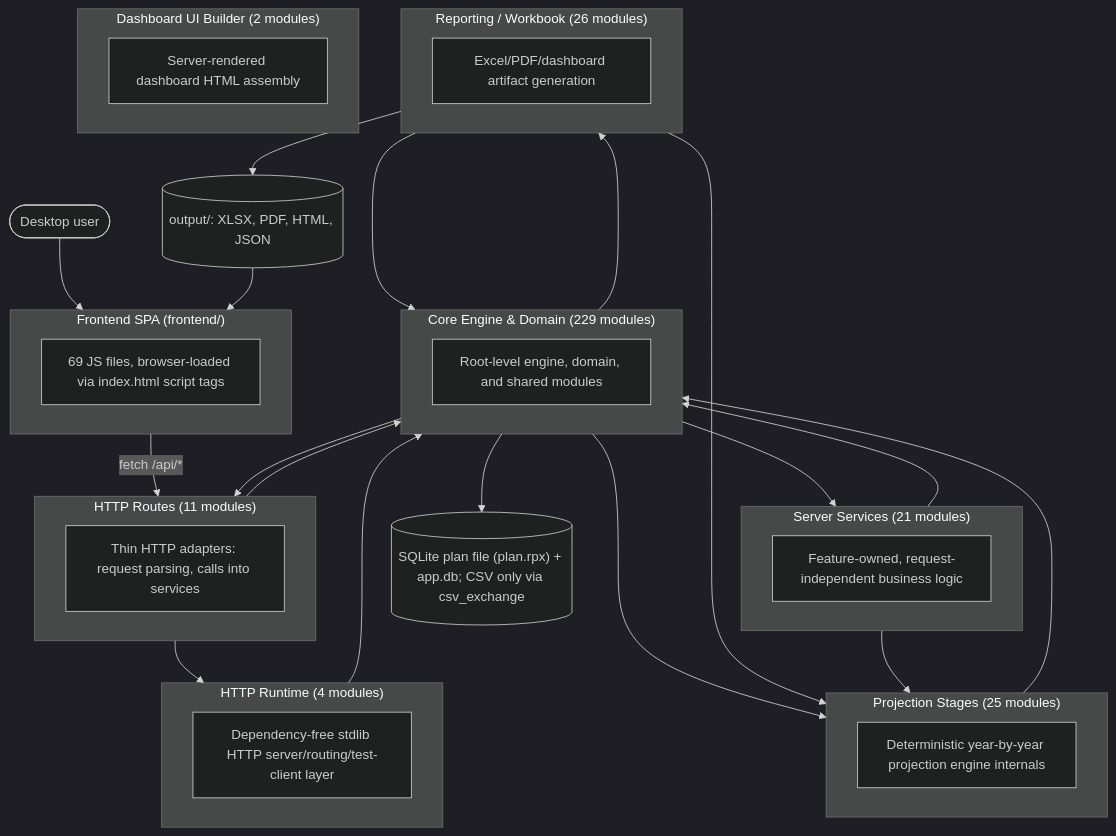
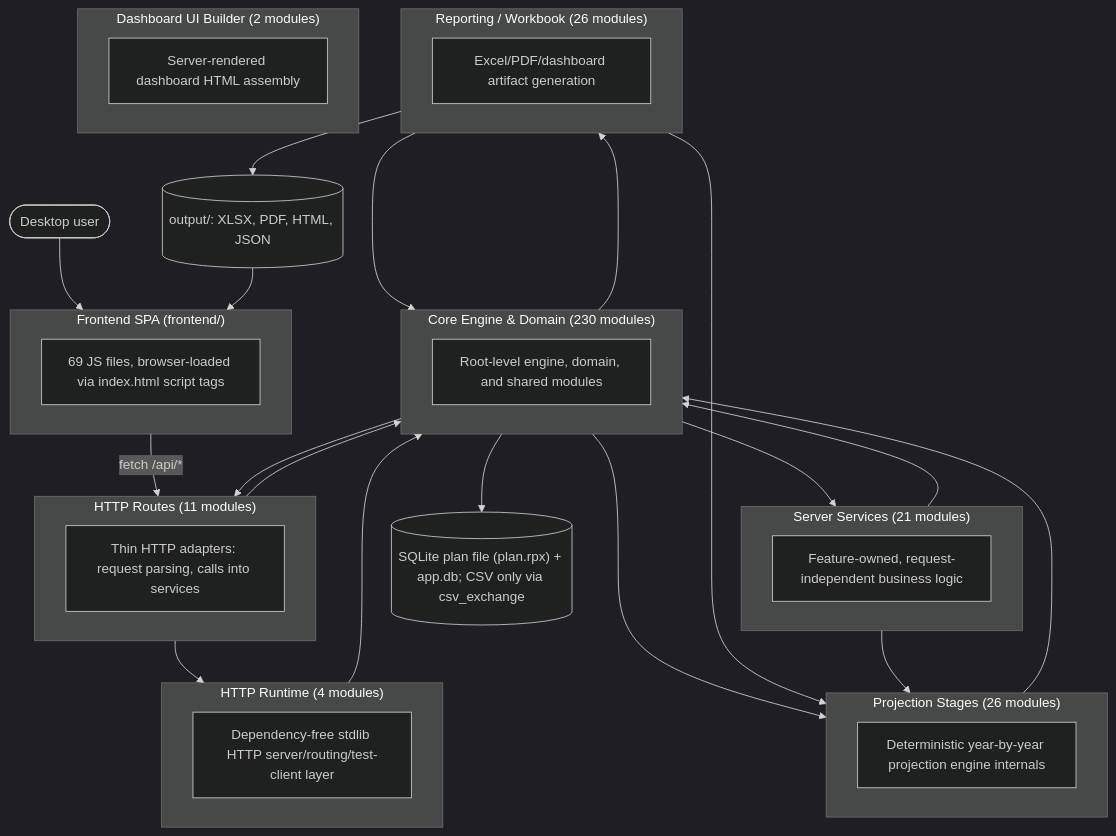
One commit to matthartzman/retirement_system changed the first of 2 diagrams in documentation/reference/SYSTEM_ARCHITECTURE_DIAGRAM.md. Above: the diagram before and after it, drawn with Mermaid (dark theme). The commit also changed other lines of this file and 6 other files, not shown here.

````diff
--- a/documentation/reference/SYSTEM_ARCHITECTURE_DIAGRAM.md
+++ b/documentation/reference/SYSTEM_ARCHITECTURE_DIAGRAM.md
@@ -11,44 +11,44 @@
 ```mermaid
 flowchart TB
     User(["Desktop user"]) --> FE
     subgraph FE["Frontend SPA (frontend/)"]
         FEcount["69 JS files, browser-loaded via index.html script tags"]
     end
     FE -->|fetch /api/*| L_HTTP_Routes
     subgraph L_HTTP_Routes["HTTP Routes (11 modules)"]
         L_HTTP_Routes_d["Thin HTTP adapters: request parsing, calls into services"]
     end
     subgraph L_Server_Services["Server Services (21 modules)"]
         L_Server_Services_d["Feature-owned, request-independent business logic"]
     end
     subgraph L_HTTP_Runtime["HTTP Runtime (4 modules)"]
         L_HTTP_Runtime_d["Dependency-free stdlib HTTP server/routing/test-client layer"]
     end
-    subgraph L_Core_Engine___Domain["Core Engine & Domain (229 modules)"]
+    subgraph L_Core_Engine___Domain["Core Engine & Domain (230 modules)"]
         L_Core_Engine___Domain_d["Root-level engine, domain, and shared modules"]
     end
-    subgraph L_Projection_Stages["Projection Stages (25 modules)"]
+    subgraph L_Projection_Stages["Projection Stages (26 modules)"]
         L_Projection_Stages_d["Deterministic year-by-year projection engine internals"]
     end
     subgraph L_Reporting___Workbook["Reporting / Workbook (26 modules)"]
         L_Reporting___Workbook_d["Excel/PDF/dashboard artifact generation"]
     end
     subgraph L_Dashboard_UI_Builder["Dashboard UI Builder (2 modules)"]
         L_Dashboard_UI_Builder_d["Server-rendered dashboard HTML assembly"]
     end
     L_Core_Engine___Domain --> L_HTTP_Routes
     L_Core_Engine___Domain --> L_Projection_Stages
     L_Core_Engine___Domain --> L_Reporting___Workbook
     L_Core_Engine___Domain --> L_Server_Services
     L_HTTP_Routes --> L_Core_Engine___Domain
     L_HTTP_Routes --> L_HTTP_Runtime
     L_HTTP_Runtime --> L_Core_Engine___Domain
     L_Projection_Stages --> L_Core_Engine___Domain
     L_Reporting___Workbook --> L_Core_Engine___Domain
     L_Reporting___Workbook --> L_Projection_Stages
     L_Server_Services --> L_Core_Engine___Domain
     L_Server_Services --> L_Projection_Stages
     L_Core_Engine___Domain --> DB[("SQLite plan file (plan.rpx) + app.db; CSV only via csv_exchange")]
     L_Reporting___Workbook --> Outputs[("output/: XLSX, PDF, HTML, JSON")]
     Outputs --> FE
 ```
````
